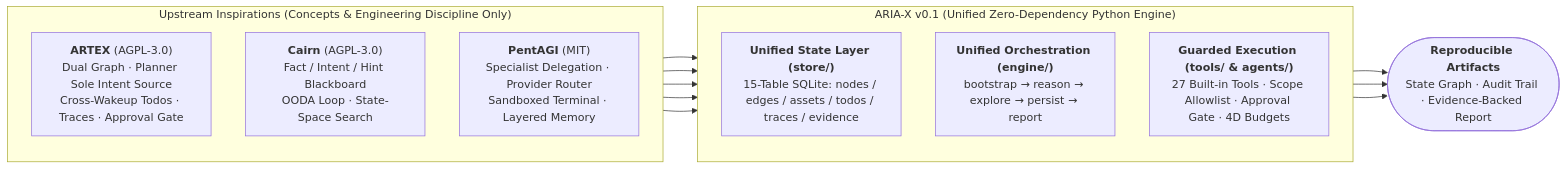
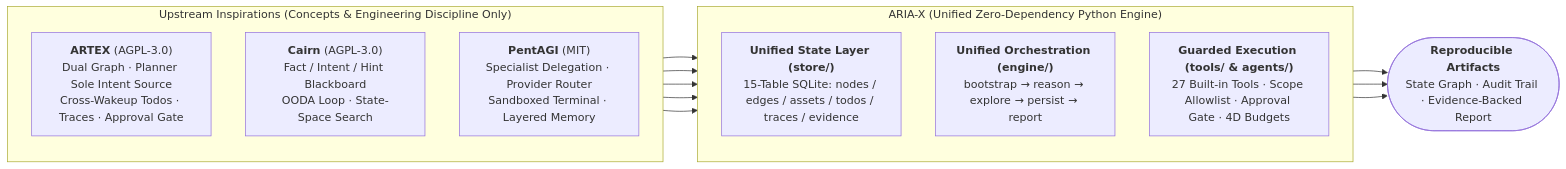
One commit to 01NGVI-QINGYI/ARIA-X changed the diagram in README.en.md. Above: the diagram before and after it, drawn with Mermaid. The commit also changed other lines of this file and 3 other files, not shown here.

Commit message:
docs(readme,release): drop v0.1 from README diagram and refresh CHANGELOG/SHA256SUMS

````diff
--- a/README.en.md
+++ b/README.en.md
@@ -53,20 +53,20 @@
 ```mermaid
 flowchart LR
     subgraph UP["Upstream Inspirations (Concepts & Engineering Discipline Only)"]
         direction TB
         A["<b>ARTEX</b> (AGPL-3.0)<br/>Dual Graph · Planner Sole Intent Source<br/>Cross-Wakeup Todos · Traces · Approval Gate"]
         C["<b>Cairn</b> (AGPL-3.0)<br/>Fact / Intent / Hint Blackboard<br/>OODA Loop · State-Space Search"]
         P["<b>PentAGI</b> (MIT)<br/>Specialist Delegation · Provider Router<br/>Sandboxed Terminal · Layered Memory"]
     end
 
-    subgraph CORE["ARIA-X v0.1 (Unified Zero-Dependency Python Engine)"]
+    subgraph CORE["ARIA-X (Unified Zero-Dependency Python Engine)"]
         direction TB
         ST["<b>Unified State Layer (store/)</b><br/>15-Table SQLite: nodes / edges / assets / todos / traces / evidence"]
         OR["<b>Unified Orchestration (engine/)</b><br/>bootstrap → reason → explore → persist → report"]
         EX["<b>Guarded Execution (tools/ & agents/)</b><br/>27 Built-in Tools · Scope Allowlist · Approval Gate · 4D Budgets"]
     end
 
     A & C --> ST & OR
     P --> EX
     ST & OR & EX --> OUT(["<b>Reproducible Artifacts</b><br/>State Graph · Audit Trail · Evidence-Backed Report"])
 ```
````
